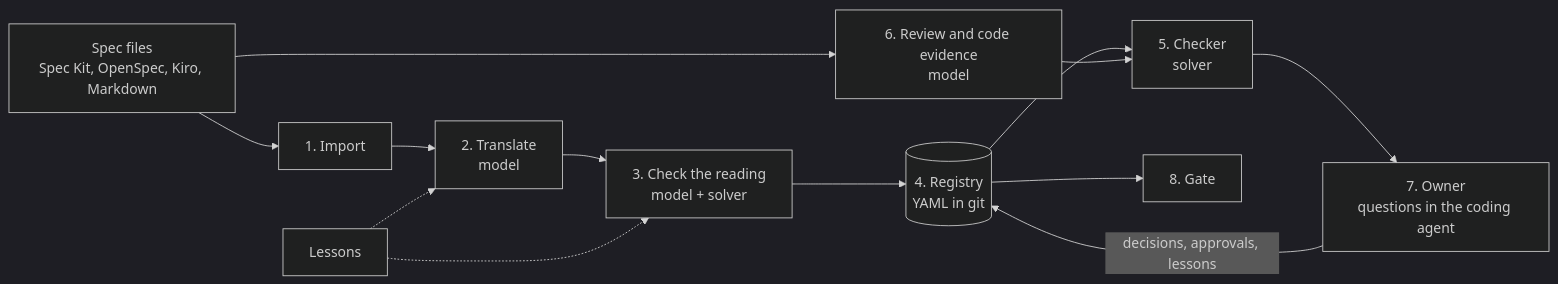
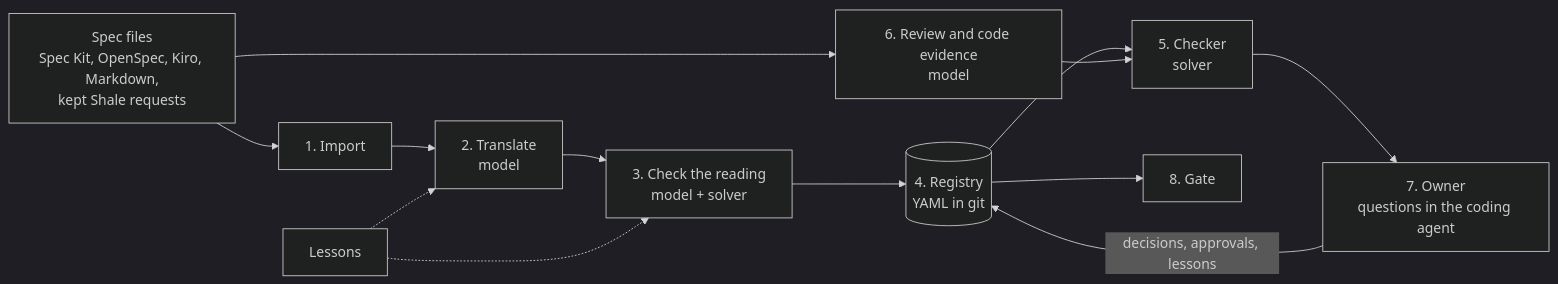
Before and after one commit to provasign/stele: the diagram in docs/03-architecture.md, drawn with Mermaid (dark theme). The commit also changed other lines of this file and 16 other files, not shown here.

First line of the commit message:
Docs: Claude Code as the one agent, the flow without a spec tool, the layout init writes; unbuilt designs marked as such; private references removed

````diff
--- a/docs/03-architecture.md
+++ b/docs/03-architecture.md
@@ -5,15 +5,15 @@
 ```mermaid
 flowchart LR
-  S[Spec files<br/>Spec Kit, OpenSpec, Kiro, Markdown] --> I[1. Import]
+  S[Spec files<br/>Spec Kit, OpenSpec, Kiro, Markdown,<br/>kept Shale requests] --> I[1. Import]
   I --> T[2. Translate<br/>model]
   T --> V[3. Check the reading<br/>model + solver]
   V --> R[(4. Registry<br/>YAML in git)]
   R --> K[5. Checker<br/>solver]
   S --> W[6. Review and code evidence<br/>model]
   W --> K
   K --> O[7. Owner<br/>questions in the coding agent]
   O -->|decisions, approvals, lessons| R
   R --> G[8. Gate]
   L[Lessons] -.-> T
   L -.-> V
 ```
````
